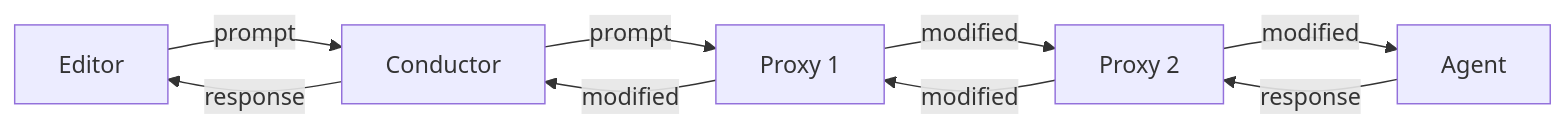
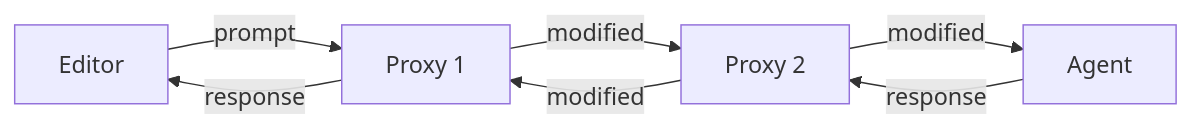
One commit to symposium-dev/symposium-acp changed the first of 2 diagrams in md/architecture.md. Above: the diagram before and after it, drawn with Mermaid. The commit also changed other lines of this file and 1 other file, not shown here.

First line of the commit message:
docs: clarify conductor architecture and add proxy mode support

````diff
--- a/md/architecture.md
+++ b/md/architecture.md
@@ -11,11 +15,9 @@
 ```mermaid
 flowchart LR
-    Editor[Editor] -->|prompt| C[Conductor]
-    C -->|prompt| P1[Proxy 1]
+    Editor[Editor] -->|prompt| P1[Proxy 1]
     P1 -->|modified| P2[Proxy 2]
     P2 -->|modified| A[Agent]
     A -->|response| P2
     P2 -->|modified| P1
-    P1 -->|modified| C
-    C -->|response| Editor
+    P1 -->|response| Editor
 ```
````
